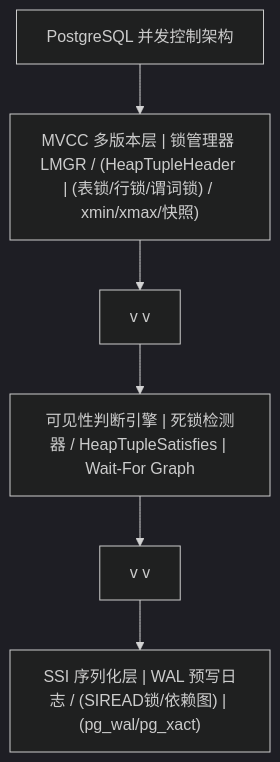
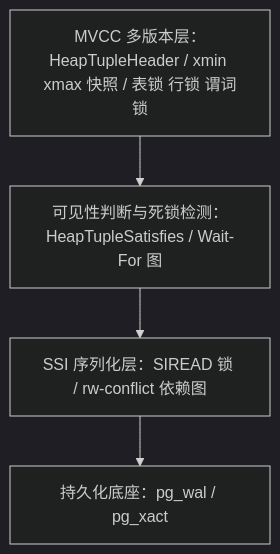
One commit to fanquanpp/FANDEX changed the first of 4 diagrams in cnt-content/full/018-postgresql/170-TransactionConcurrencyControl.md. Above: the diagram before and after it, drawn with Mermaid (dark theme). The commit also changed other lines of this file and 84 other files, not shown here.

````diff
--- a/cnt-content/full/018-postgresql/170-TransactionConcurrencyControl.md
+++ b/cnt-content/full/018-postgresql/170-TransactionConcurrencyControl.md
@@ -62,14 +61,10 @@
 ```mermaid
 flowchart TD
-    B0["PostgreSQL 并发控制架构"]
-    B1["MVCC 多版本层 | 锁管理器 LMGR / (HeapTupleHeader | (表锁/行锁/谓词锁) / xmin/xmax/快照)"]
-    B0 --> B1
-    B2["v                            v"]
-    B1 --> B2
-    B3["可见性判断引擎 | 死锁检测器 / HeapTupleSatisfies | Wait-For Graph"]
-    B2 --> B3
-    B4["v                            v"]
-    B3 --> B4
-    B5["SSI 序列化层 | WAL 预写日志 / (SIREAD锁/依赖图) | (pg_wal/pg_xact)"]
-    B4 --> B5
+    A["MVCC 多版本层：HeapTupleHeader / xmin xmax 快照 / 表锁 行锁 谓词锁"]
+    B["可见性判断与死锁检测：HeapTupleSatisfies / Wait-For 图"]
+    C["SSI 序列化层：SIREAD 锁 / rw-conflict 依赖图"]
+    D["持久化底座：pg_wal / pg_xact"]
+    A --> B
+    B --> C
+    C --> D
 ```
````
